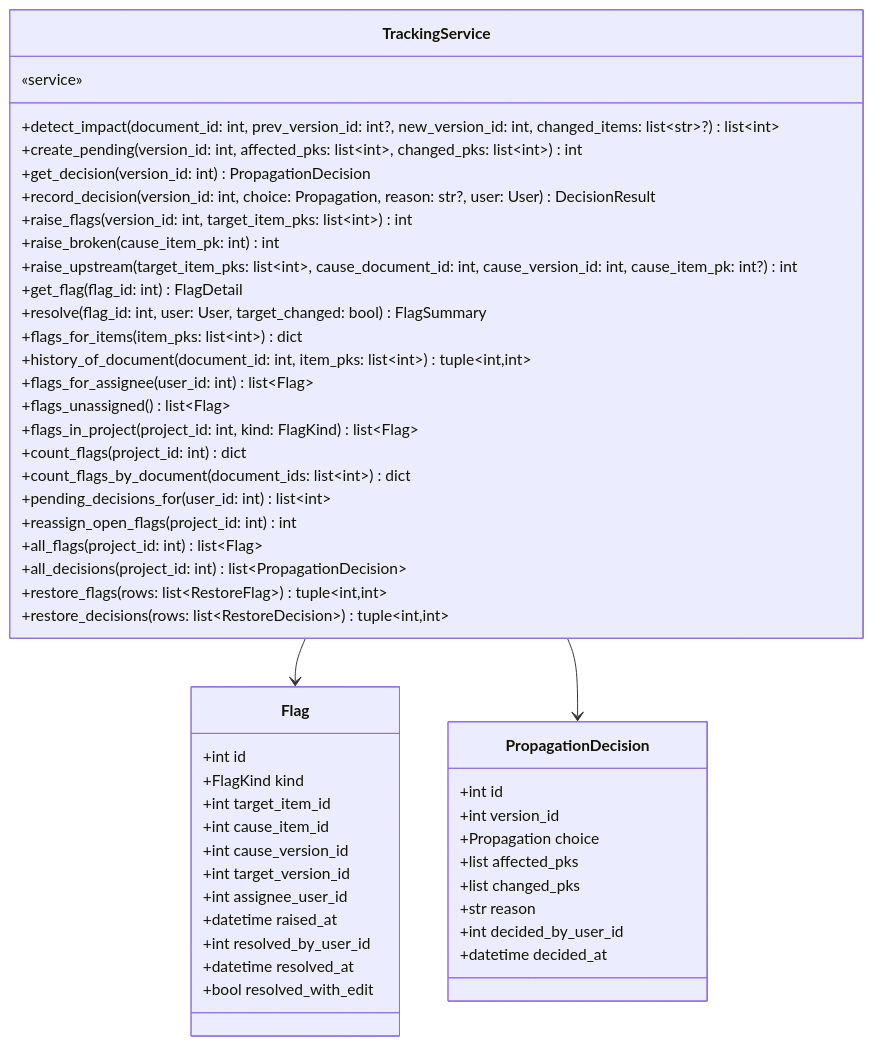
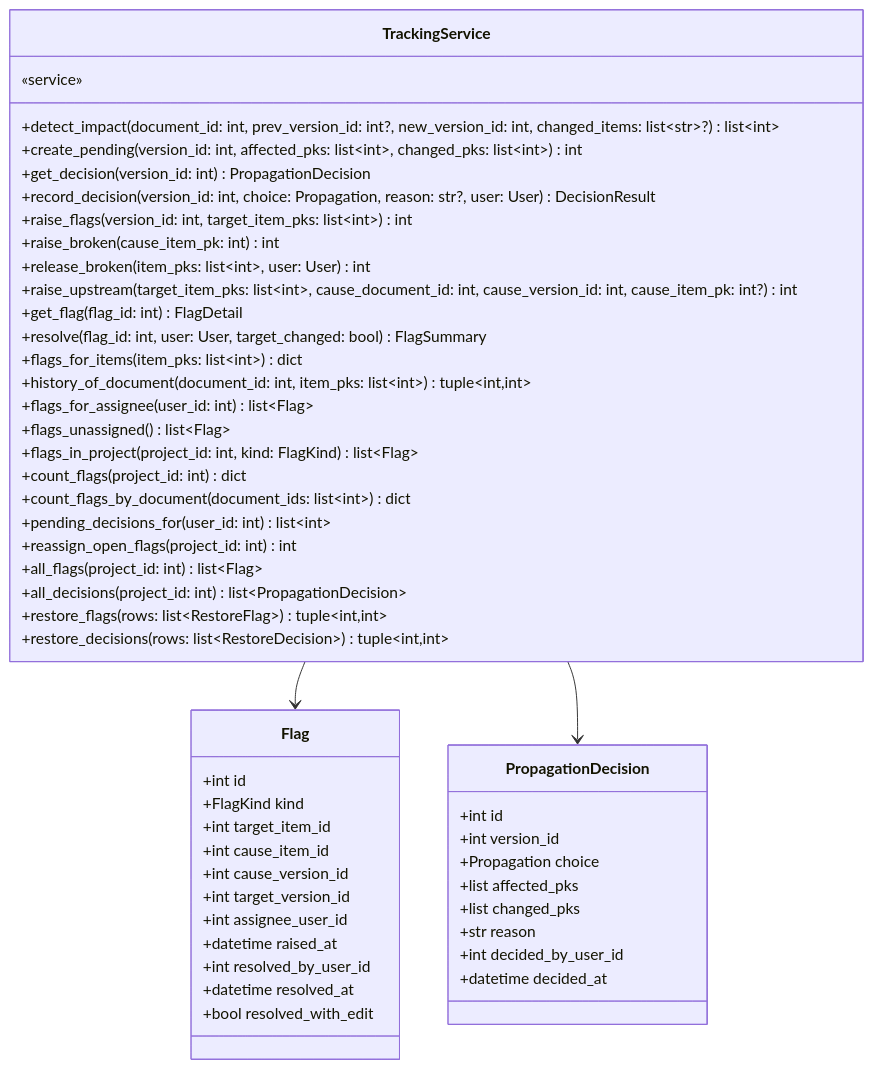
One commit to HoyoungParkme/syncdoc changed diagram 19 of 21 in docs/specs/06-DOM/SYNC-DOM-002.md. Above: the diagram before and after it, drawn with Mermaid. The commit also changed 8 other files, not shown here.

First line of the commit message:
card(O): 저장이 끊어진 참조를 푼다 — release_broken (#70) (#77)

````diff
--- a/docs/specs/06-DOM/SYNC-DOM-002.md
+++ b/docs/specs/06-DOM/SYNC-DOM-002.md
@@ -779,53 +779,54 @@
 ```mermaid
 classDiagram
     class TrackingService {
         «service»
         +detect_impact(document_id: int, prev_version_id: int?, new_version_id: int, changed_items: list~str~?) list~int~
         +create_pending(version_id: int, affected_pks: list~int~, changed_pks: list~int~) int
         +get_decision(version_id: int) PropagationDecision
         +record_decision(version_id: int, choice: Propagation, reason: str?, user: User) DecisionResult
         +raise_flags(version_id: int, target_item_pks: list~int~) int
         +raise_broken(cause_item_pk: int) int
+        +release_broken(item_pks: list~int~, user: User) int
         +raise_upstream(target_item_pks: list~int~, cause_document_id: int, cause_version_id: int, cause_item_pk: int?) int
         +get_flag(flag_id: int) FlagDetail
         +resolve(flag_id: int, user: User, target_changed: bool) FlagSummary
         +flags_for_items(item_pks: list~int~) dict
         +history_of_document(document_id: int, item_pks: list~int~) tuple~int,int~
         +flags_for_assignee(user_id: int) list~Flag~
         +flags_unassigned() list~Flag~
         +flags_in_project(project_id: int, kind: FlagKind) list~Flag~
         +count_flags(project_id: int) dict
         +count_flags_by_document(document_ids: list~int~) dict
         +pending_decisions_for(user_id: int) list~int~
         +reassign_open_flags(project_id: int) int
         +all_flags(project_id: int) list~Flag~
         +all_decisions(project_id: int) list~PropagationDecision~
         +restore_flags(rows: list~RestoreFlag~) tuple~int,int~
         +restore_decisions(rows: list~RestoreDecision~) tuple~int,int~
     }
     class Flag {
         +int id
         +FlagKind kind
         +int target_item_id
         +int cause_item_id
         +int cause_version_id
         +int target_version_id
         +int assignee_user_id
         +datetime raised_at
         +int resolved_by_user_id
         +datetime resolved_at
         +bool resolved_with_edit
     }
     class PropagationDecision {
         +int id
         +int version_id
         +Propagation choice
         +list affected_pks
         +list changed_pks
         +str reason
         +int decided_by_user_id
         +datetime decided_at
     }
     TrackingService --> Flag
     TrackingService --> PropagationDecision
 ```
````
